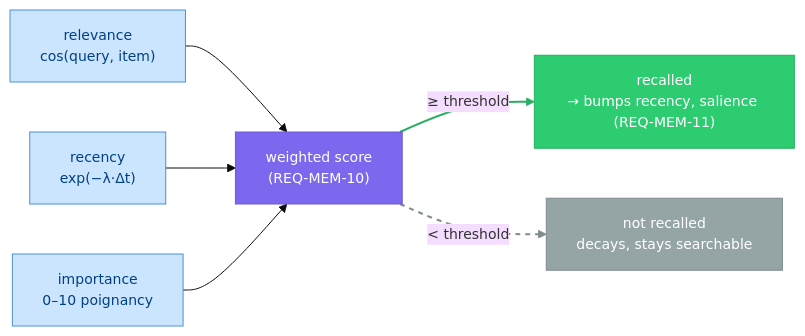
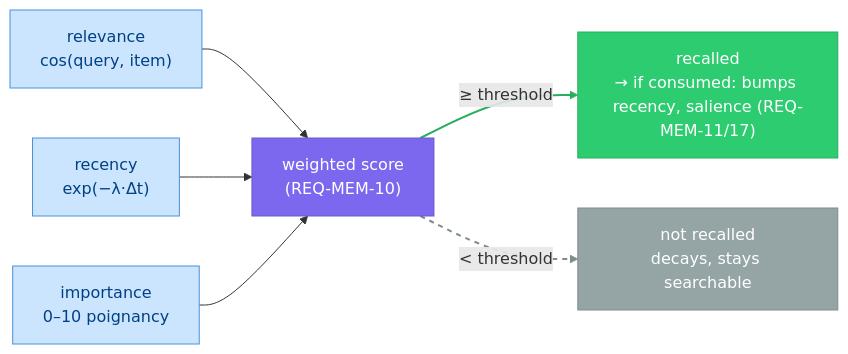
One commit to alex-oleshkevich/dailydrift changed the third of 3 diagrams in specs/memory.md. Above: the diagram before and after it, drawn with Mermaid. The commit also changed other lines of this file and 44 other files, not shown here.

````diff
--- a/specs/memory.md
+++ b/specs/memory.md
@@ -367,22 +369,21 @@
 ```mermaid
-%%{init: {'theme': 'base', 'themeVariables': {'fontSize': '14px'}}}%%
 flowchart LR
     classDef sig fill:#CCE5FF,stroke:#4A90D9,color:#004085
     classDef calc fill:#7B68EE,stroke:#6A5ACD,color:#fff
     classDef good fill:#2ECC71,stroke:#27AE60,color:#fff
     classDef muted fill:#95A5A6,stroke:#7F8C8D,color:#fff
 
-    REL["relevance\ncos(query, item)"]:::sig
-    REC["recency\nexp(−λ·Δt)"]:::sig
-    IMP["importance\n0–10 poignancy"]:::sig
-    SCORE["weighted score\n(REQ-MEM-10)"]:::calc
+    REL["relevance<br/>cos(query, item)"]:::sig
+    REC["recency<br/>exp(−λ·Δt)"]:::sig
+    IMP["importance<br/>0–10 poignancy"]:::sig
+    SCORE["weighted score<br/>(REQ-MEM-10)"]:::calc
 
     REL --> SCORE
     REC --> SCORE
     IMP --> SCORE
-    SCORE -->|"≥ threshold"| OUT["recalled\n→ bumps recency, salience (REQ-MEM-11)"]:::good
-    SCORE -.->|"< threshold"| HOLD["not recalled\ndecays, stays searchable"]:::muted
+    SCORE -->|"≥ threshold"| OUT["recalled<br/>→ if consumed: bumps recency, salience (REQ-MEM-11/17)"]:::good
+    SCORE -.->|"< threshold"| HOLD["not recalled<br/>decays, stays searchable"]:::muted
 
     linkStyle 3 stroke:#27AE60,stroke-width:2px
     linkStyle 4 stroke:#7F8C8D,stroke-width:2px,stroke-dasharray:5 5
 ```
````
